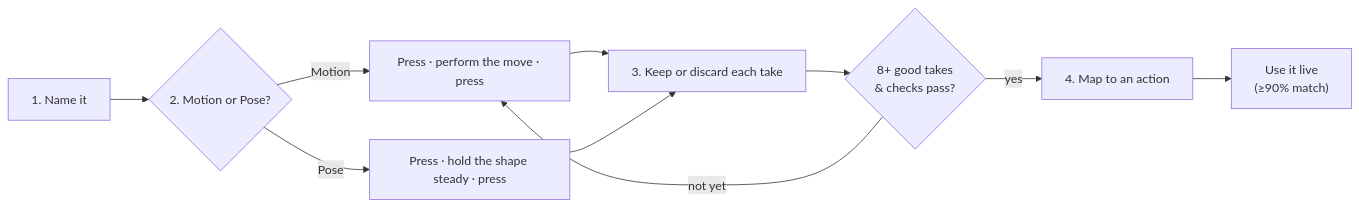
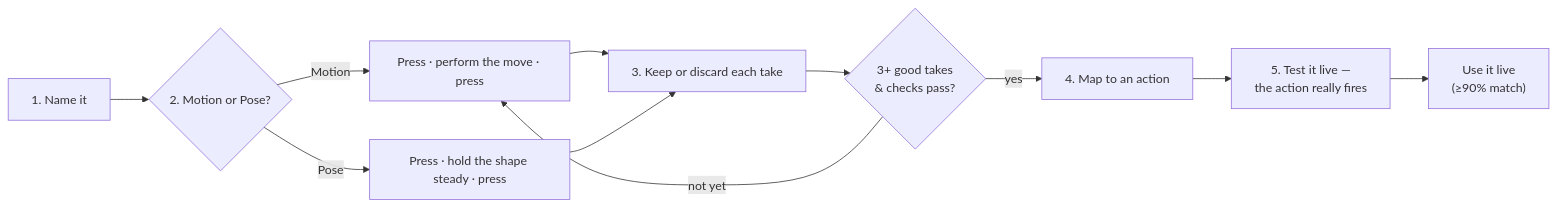
One commit to rajdeeepm/AirControl changed the second of 2 diagrams in README.md. Above: the diagram before and after it, drawn with Mermaid. The commit also changed other lines of this file and 16 other files, not shown here.

````diff
--- a/README.md
+++ b/README.md
@@ -155,12 +155,13 @@
 ```mermaid
 flowchart LR
     A["1. Name it"] --> B{"2. Motion or Pose?"}
     B -->|Motion| C["Press · perform the move · press"]
     B -->|Pose| D["Press · hold the shape steady · press"]
     C --> E["3. Keep or discard each take"]
     D --> E
-    E --> F{"8+ good takes<br/>& checks pass?"}
+    E --> F{"3+ good takes<br/>& checks pass?"}
     F -->|not yet| C
     F -->|yes| G["4. Map to an action"]
-    G --> H["Use it live<br/>(≥90% match)"]
+    G --> I["5. Test it live —<br/>the action really fires"]
+    I --> H["Use it live<br/>(≥90% match)"]
 ```
````
